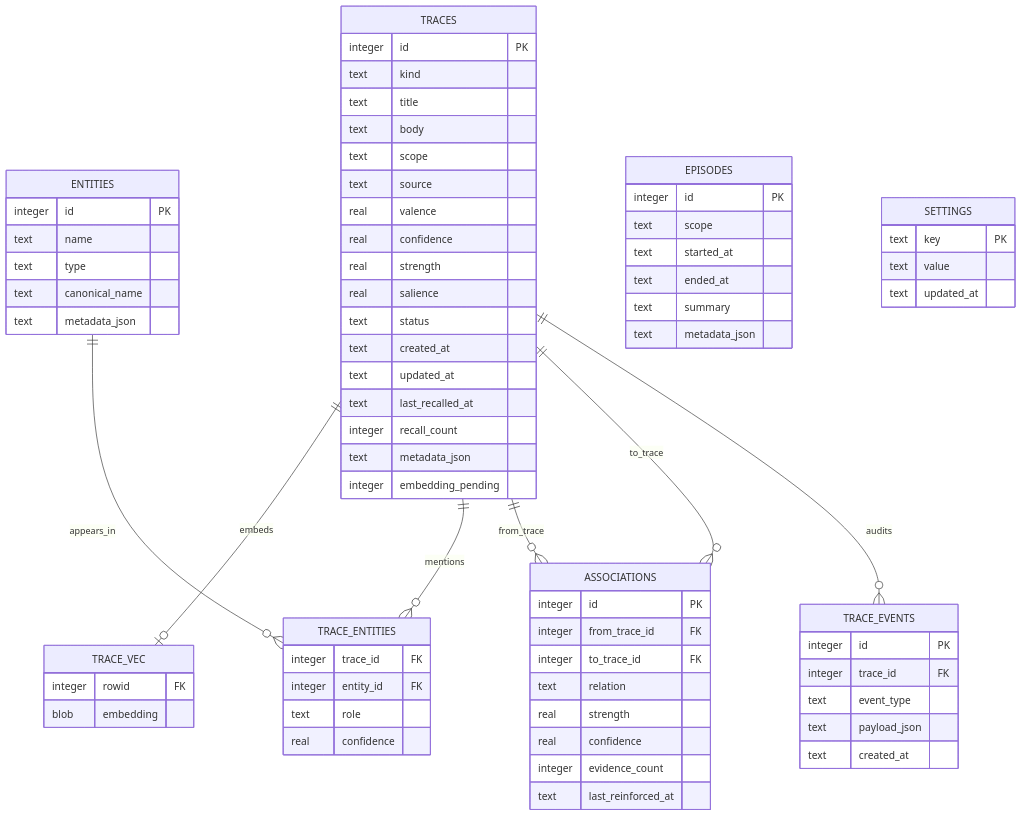
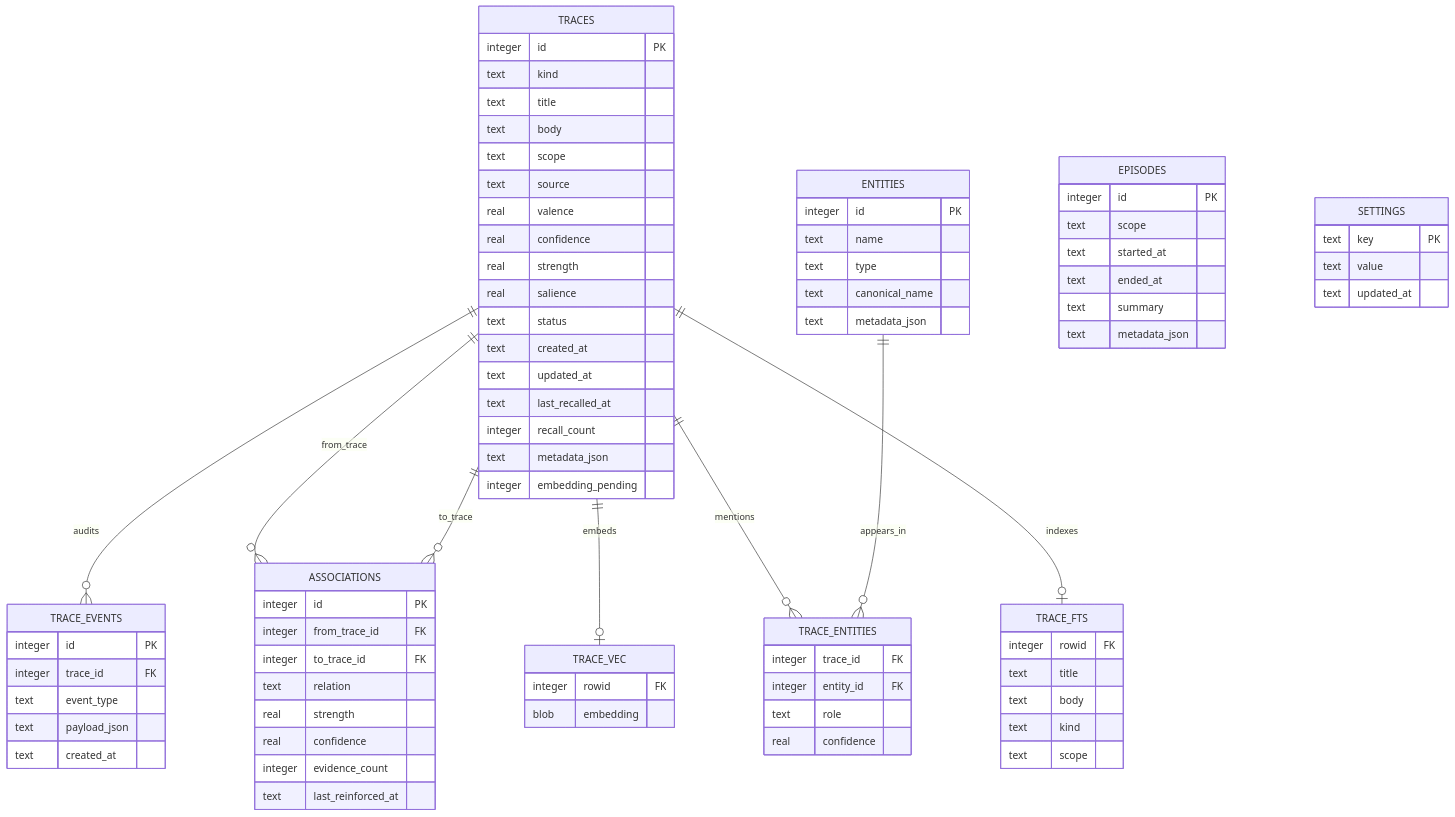
Before and after one commit to NathanFirmo/hebb: the diagram in README.md, drawn with Mermaid. The commit also changed other lines of this file and 5 other files, not shown here.

```diff
--- a/README.md
+++ b/README.md
@@ -186,6 +187,14 @@
     integer recall_count
     text metadata_json
     integer embedding_pending
+  }
+
+  TRACE_FTS {
+    integer rowid FK
+    text title
+    text body
+    text kind
+    text scope
   }
 
   TRACE_VEC {
@@ -242,6 +251,7 @@
     text updated_at
   }
 
+  TRACES ||--o| TRACE_FTS : indexes
   TRACES ||--o| TRACE_VEC : embeds
   TRACES ||--o{ TRACE_ENTITIES : mentions
   ENTITIES ||--o{ TRACE_ENTITIES : appears_in
```
